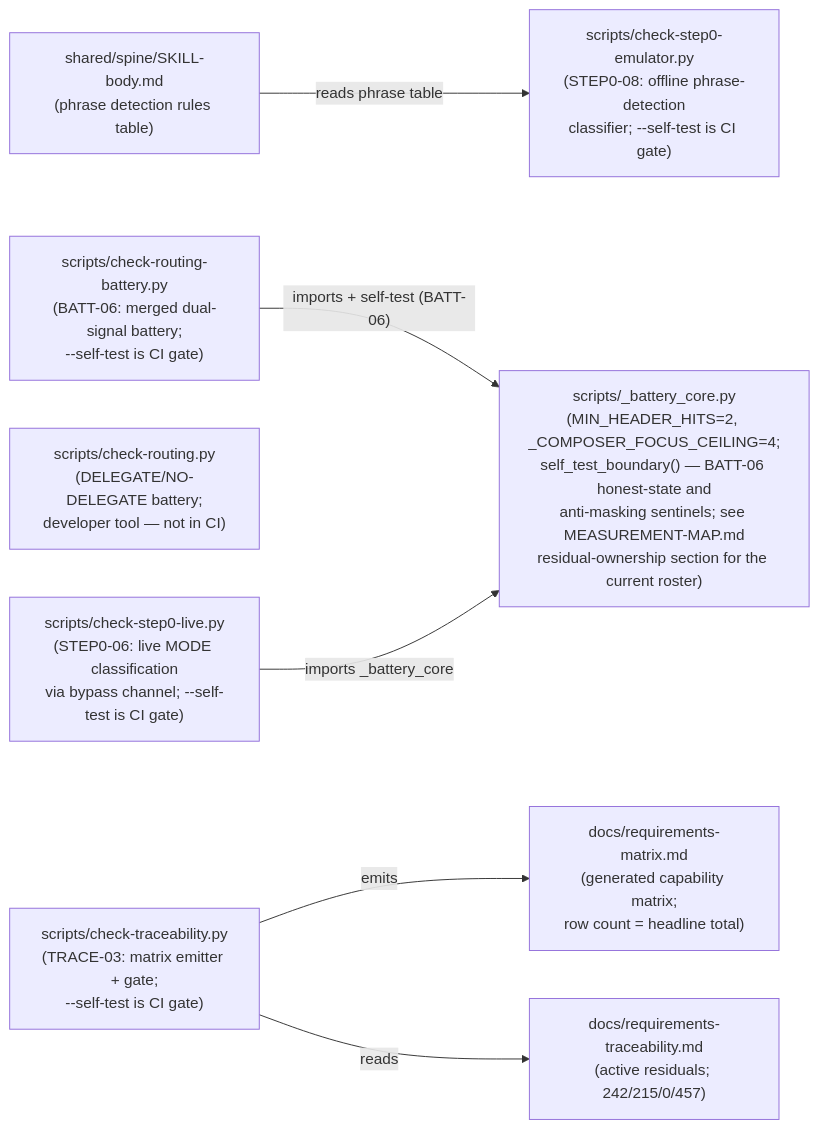
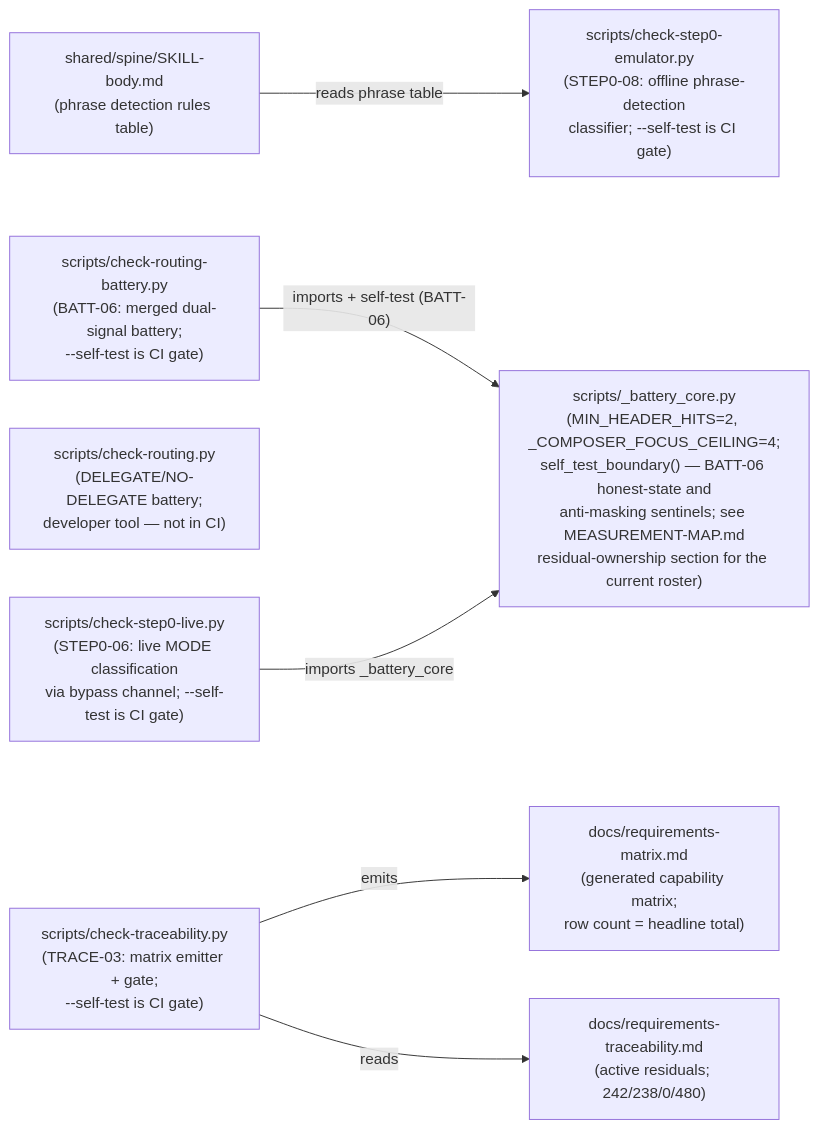
Before and after one commit to chrisdavidson/first-principles-skill: the second of 2 diagrams in docs/COMPONENT-DIAGRAM.md, drawn with Mermaid. The commit also changed 42 other files, not shown here.

````diff
--- a/docs/COMPONENT-DIAGRAM.md
+++ b/docs/COMPONENT-DIAGRAM.md
@@ -84,24 +84,24 @@
 ```mermaid
 flowchart LR
     SKILLBODY["shared/spine/SKILL-body.md\n(phrase detection rules table)"]
 
     CORE["scripts/_battery_core.py\n(MIN_HEADER_HITS=2, _COMPOSER_FOCUS_CEILING=4;\nself_test_boundary() — BATT-06 honest-state and\nanti-masking sentinels; see MEASUREMENT-MAP.md\nresidual-ownership section for the current roster)"]
 
     BATT["scripts/check-routing-battery.py\n(BATT-06: merged dual-signal battery;\n--self-test is CI gate)"]
     ROUTING["scripts/check-routing.py\n(DELEGATE/NO-DELEGATE battery;\ndeveloper tool — not in CI)"]
 
     EMU["scripts/check-step0-emulator.py\n(STEP0-08: offline phrase-detection\nclassifier; --self-test is CI gate)"]
     LIVE["scripts/check-step0-live.py\n(STEP0-06: live MODE classification\nvia bypass channel; --self-test is CI gate)"]
 
     TRACE["scripts/check-traceability.py\n(TRACE-03: matrix emitter + gate;\n--self-test is CI gate)"]
     MATRIX["docs/requirements-matrix.md\n(generated capability matrix;\nrow count = headline total)"]
-    TRACEABILITY["docs/requirements-traceability.md\n(active residuals; 242/215/0/457)"]
+    TRACEABILITY["docs/requirements-traceability.md\n(active residuals; 242/238/0/480)"]
 
     SKILLBODY -->|"reads phrase table"| EMU
 
     BATT -->|"imports + self-test (BATT-06)"| CORE
     LIVE -->|"imports _battery_core"| CORE
 
     TRACE -->|"emits"| MATRIX
     TRACE -->|"reads"| TRACEABILITY
 ```
````
